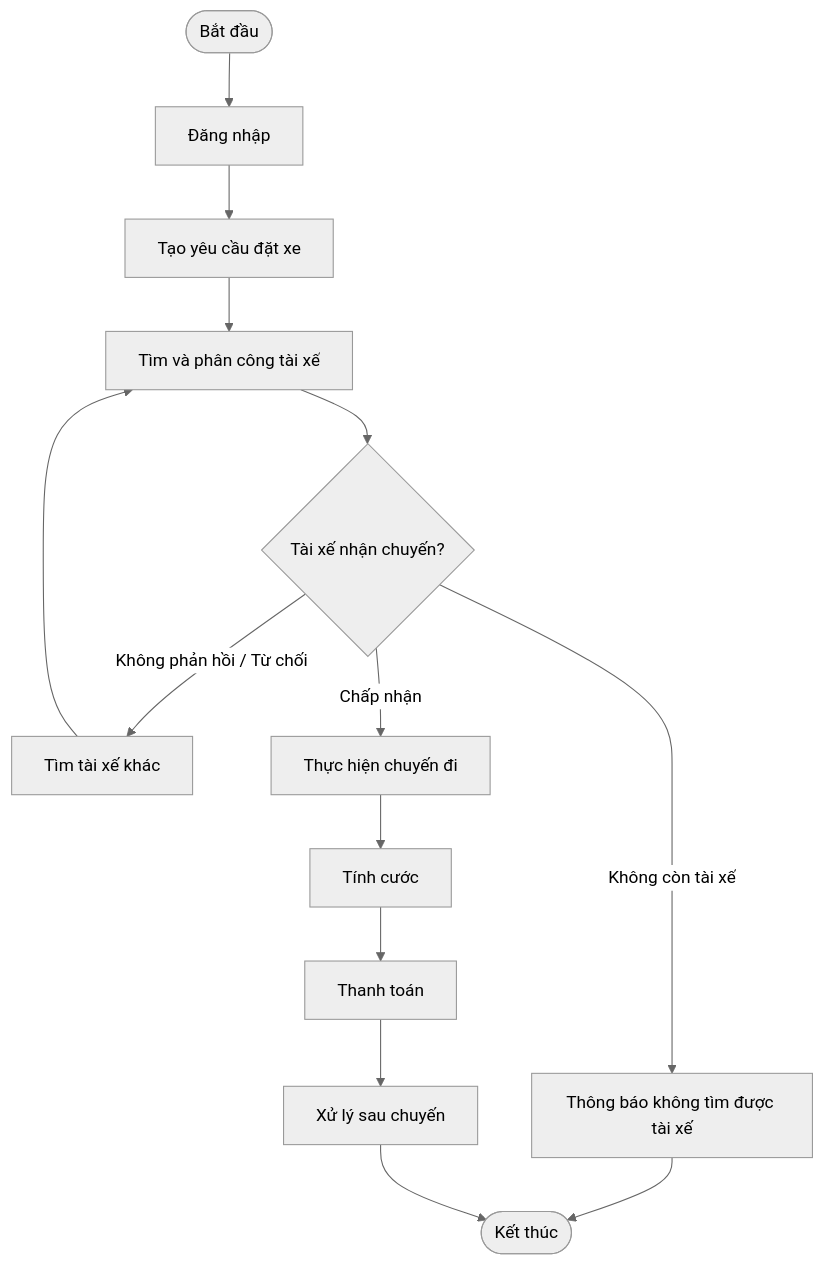
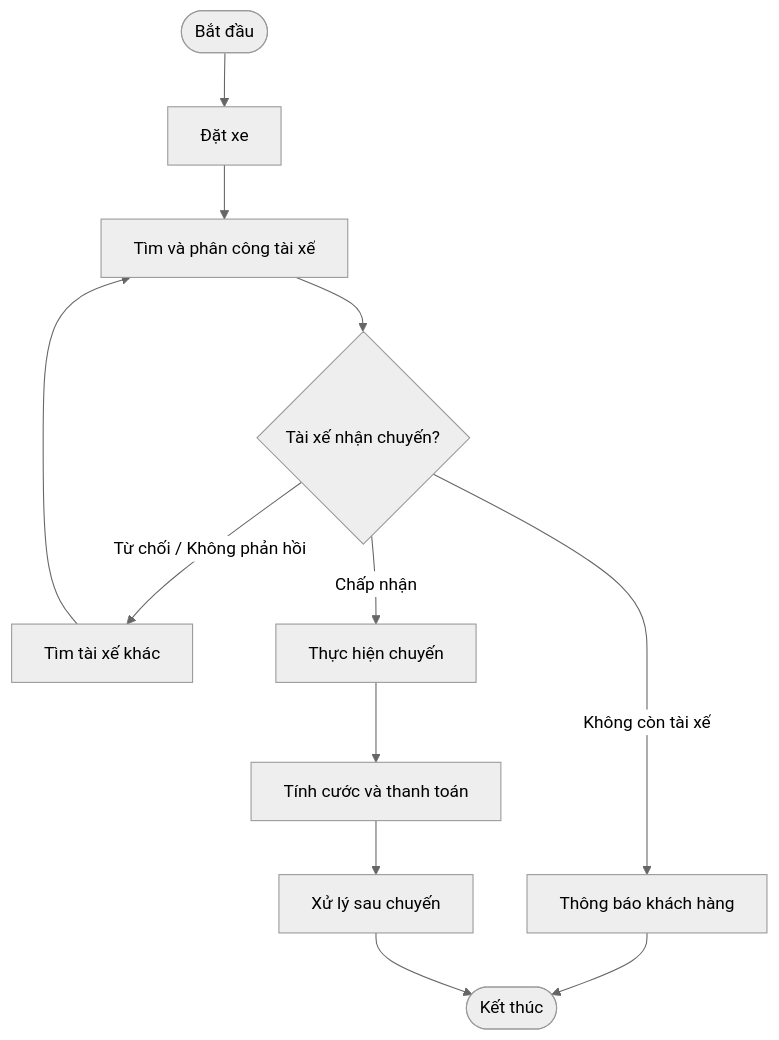
Before and after one commit to Vy161105/23682161_NguyenNgocYenVy_cabsystem: the fourth of 10 diagrams in srs.md, drawn with Mermaid (neutral theme). The commit also changed other lines of this file, not shown here.

````diff
--- a/srs.md
+++ b/srs.md
@@ -206,20 +308,21 @@
 ```mermaid
 flowchart TD
-    A([Bắt đầu]) --> B[Đăng nhập]
-    B --> C[Tạo yêu cầu đặt xe]
-    C --> D[Tìm và phân công tài xế]
+    A([Bắt đầu])
+    --> B[Đặt xe]
 
-    D --> E{Tài xế nhận chuyến?}
+    B --> C[Tìm và phân công tài xế]
 
-    E -- Không phản hồi / Từ chối --> F[Tìm tài xế khác]
-    F --> D
+    C --> D{Tài xế nhận chuyến?}
 
-    E -- Không còn tài xế --> G[Thông báo không tìm được tài xế]
-    G --> Z([Kết thúc])
+    D -- "Từ chối / Không phản hồi" --> E[Tìm tài xế khác]
+    E --> C
 
-    E -- Chấp nhận --> H[Thực hiện chuyến đi]
-    H --> I[Tính cước]
-    I --> J[Thanh toán]
-    J --> K[Xử lý sau chuyến]
-    K --> Z([Kết thúc])
+    D -- "Không còn tài xế" --> F[Thông báo khách hàng]
+    F --> Z([Kết thúc])
+
+    D -- "Chấp nhận" --> G[Thực hiện chuyến]
+
+    G --> H[Tính cước và thanh toán]
+    H --> I[Xử lý sau chuyến]
+    I --> Z
 ```
````
